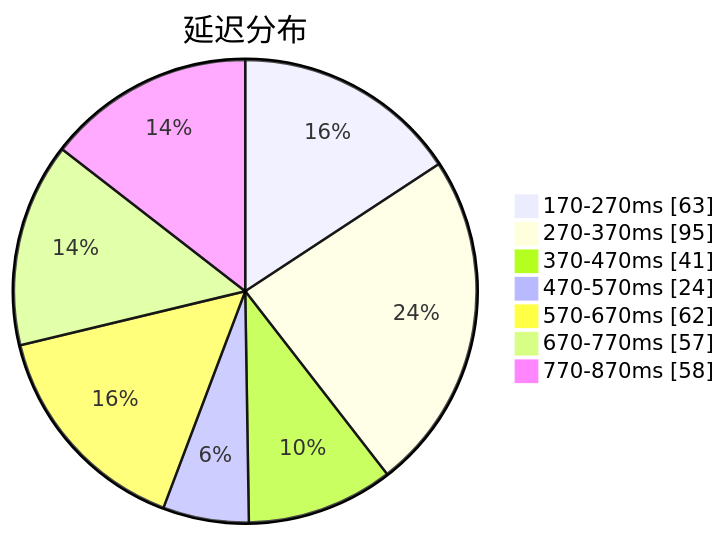
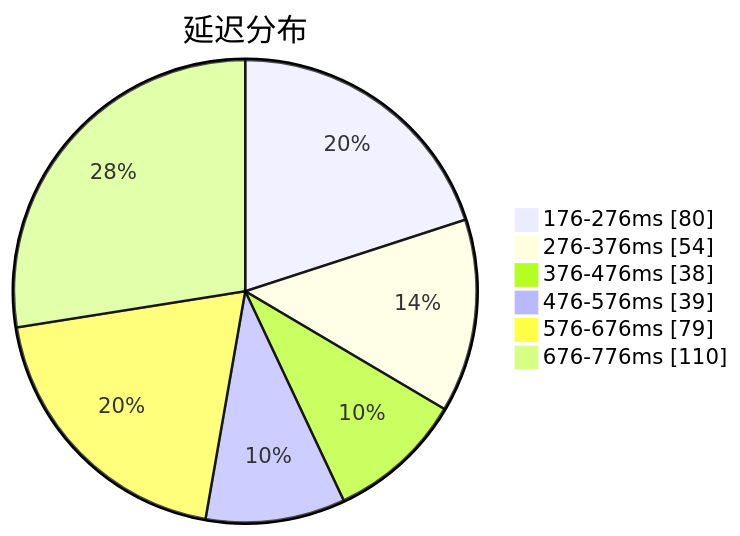
One commit to qjlxg/airport changed the first of 3 diagrams in subs/statistics/tested_within.md. Above: the diagram before and after it, drawn with Mermaid. The commit also changed other lines of this file and 2 other files, not shown here.

````diff
--- a/subs/statistics/tested_within.md
+++ b/subs/statistics/tested_within.md
@@ -2,11 +2,10 @@
 ```mermaid
 pie showData
 title 延迟分布
-"170-270ms" : 63
-"270-370ms" : 95
-"370-470ms" : 41
-"470-570ms" : 24
-"570-670ms" : 62
-"670-770ms" : 57
-"770-870ms" : 58
+"176-276ms" : 80
+"276-376ms" : 54
+"376-476ms" : 38
+"476-576ms" : 39
+"576-676ms" : 79
+"676-776ms" : 110
 ```
````
